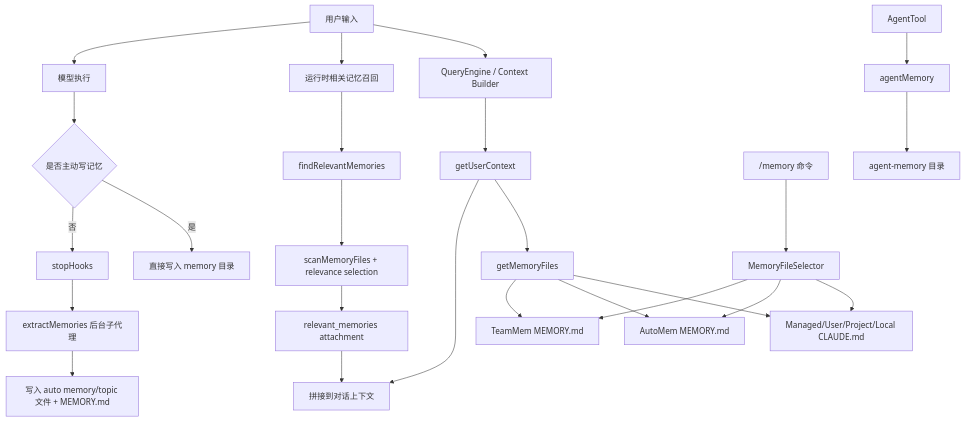
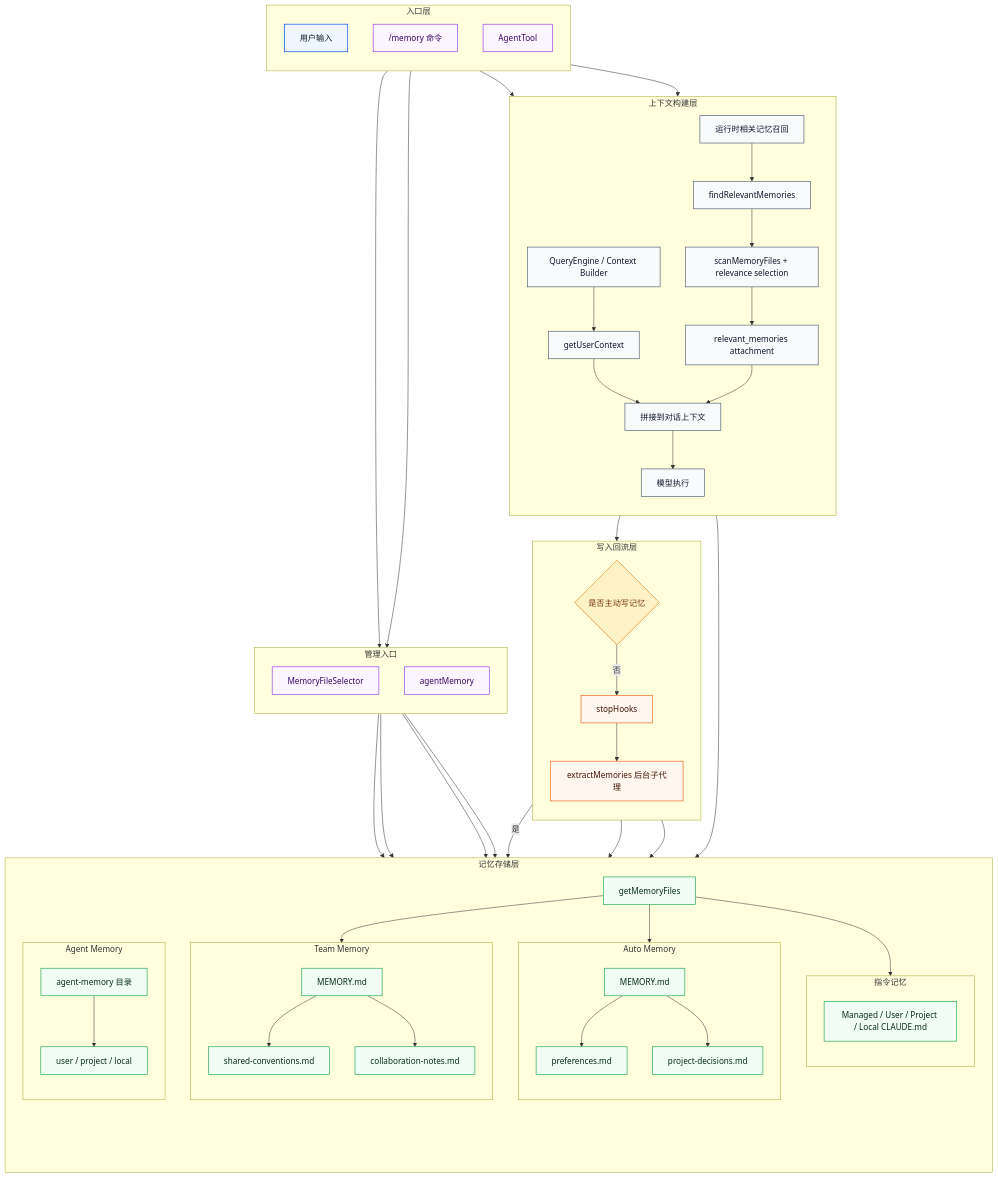
Before and after one commit to tenderne13/claude-code: the first of 5 diagrams in docs/记忆系统设计与使用说明.md, drawn with Mermaid. The commit also changed other lines of this file and 6 other files, not shown here.

````diff
--- a/docs/记忆系统设计与使用说明.md
+++ b/docs/记忆系统设计与使用说明.md
@@ -54,31 +54,105 @@
 ```mermaid
-graph TD
-    A["用户输入"] --> B["QueryEngine / Context Builder"]
-    B --> C[getUserContext]
-    C --> D[getMemoryFiles]
-    D --> E1["Managed/User/Project/Local CLAUDE.md"]
-    D --> E2["AutoMem MEMORY.md"]
-    D --> E3["TeamMem MEMORY.md"]
-    C --> F["拼接到对话上下文"]
+flowchart TB
+    classDef entry fill:#EFF6FF,stroke:#2563EB,color:#0F172A,stroke-width:1.5px
+    classDef runtime fill:#F8FAFC,stroke:#475569,color:#0F172A,stroke-width:1.2px
+    classDef store fill:#F0FDF4,stroke:#16A34A,color:#052E16,stroke-width:1.2px
+    classDef writeback fill:#FFF7ED,stroke:#EA580C,color:#431407,stroke-width:1.2px
+    classDef ops fill:#FAF5FF,stroke:#9333EA,color:#3B0764,stroke-width:1.2px
+    classDef decision fill:#FEF3C7,stroke:#D97706,color:#78350F,stroke-width:1.2px
+    classDef hidden fill:none,stroke:none,color:transparent
 
-    A --> G["运行时相关记忆召回"]
-    G --> H[findRelevantMemories]
-    H --> I["scanMemoryFiles + relevance selection"]
-    I --> J["relevant_memories attachment"]
-    J --> F
+    subgraph L1["入口层"]
+        direction TB
+        A["用户输入"]:::entry
+        Q["/memory 命令"]:::ops
+        S["AgentTool"]:::ops
+    end
 
-    A --> K["模型执行"]
-    K --> L{是否主动写记忆}
-    L -->|是| M["直接写入 memory 目录"]
-    L -->|否| N[stopHooks]
-    N --> O["extractMemories 后台子代理"]
-    O --> P["写入 auto memory/topic 文件 + MEMORY.md"]
+    subgraph L2["上下文构建层"]
+        direction TB
+        B["QueryEngine / Context Builder"]:::runtime
+        C["getUserContext"]:::runtime
+        G["运行时相关记忆召回"]:::runtime
+        H["findRelevantMemories"]:::runtime
+        I["scanMemoryFiles + relevance selection"]:::runtime
+        J["relevant_memories attachment"]:::runtime
+        F["拼接到对话上下文"]:::runtime
+        K["模型执行"]:::runtime
+    end
 
-    Q["/memory 命令"] --> R[MemoryFileSelector]
+    subgraph L3["记忆存储层"]
+        direction TB
+        D["getMemoryFiles"]:::store
+
+        subgraph L31["指令记忆"]
+            direction TB
+            E1["Managed / User / Project / Local CLAUDE.md"]:::store
+        end
+
+        subgraph L32["Auto Memory"]
+            direction TB
+            E2["MEMORY.md"]:::store
+            E2A["preferences.md"]:::store
+            E2B["project-decisions.md"]:::store
+            E2 --> E2A
+            E2 --> E2B
+        end
+
+        subgraph L33["Team Memory"]
+            direction TB
+            E3["MEMORY.md"]:::store
+            E3A["shared-conventions.md"]:::store
+            E3B["collaboration-notes.md"]:::store
+            E3 --> E3A
+            E3 --> E3B
+        end
+
+        subgraph L34["Agent Memory"]
+            direction TB
+            U["agent-memory 目录"]:::store
+            U1["user / project / local"]:::store
+            U --> U1
+        end
+
+        Z[" "]:::hidden
+    end
+
+    subgraph L4["写入回流层"]
+        direction TB
+        L{"是否主动写记忆"}:::decision
+        N["stopHooks"]:::writeback
+        O["extractMemories 后台子代理"]:::writeback
+    end
+
+    subgraph L5["管理入口"]
+        direction TB
+        R["MemoryFileSelector"]:::ops
+        T["agentMemory"]:::ops
+    end
+
+    A --> B --> C
+    C --> D
+    D --> E1
+    D --> E2
+    D --> E3
+    C --> F
+
+    A --> G --> H --> I --> J --> F
+    F --> K
+
+    K --> L
+    L -->|是| E2A
+    L -->|否| N --> O --> E2A
+    O --> E2
+
+    Q --> R
     R --> E1
     R --> E2
     R --> E3
 
-    S[AgentTool] --> T[agentMemory]
-    T --> U["agent-memory 目录"]
+    S --> T --> U
+    E1 ~~~ Z
+    E2A ~~~ Z
+    E3A ~~~ Z
+    U1 ~~~ Z
 ```
````
